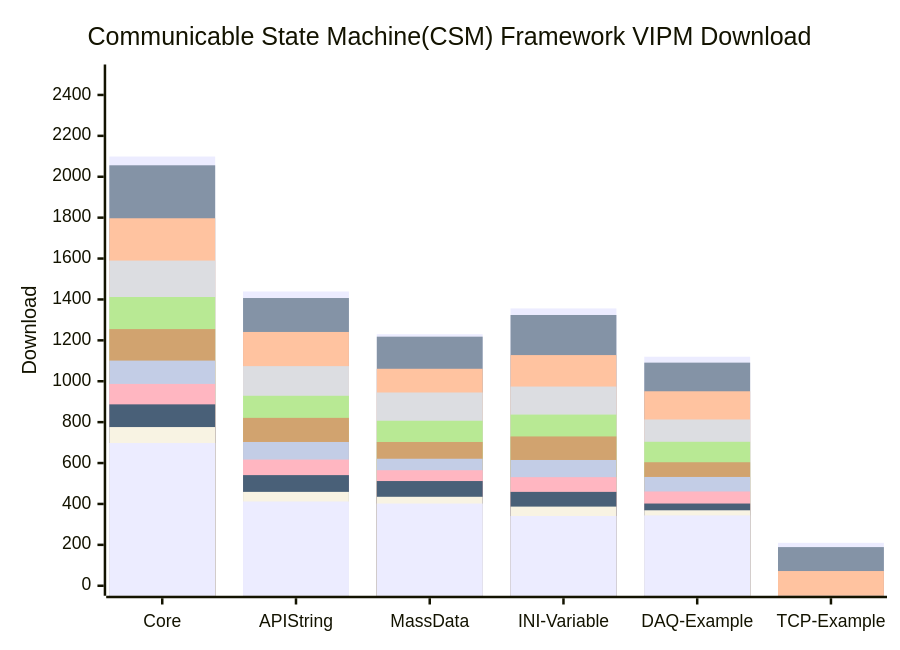
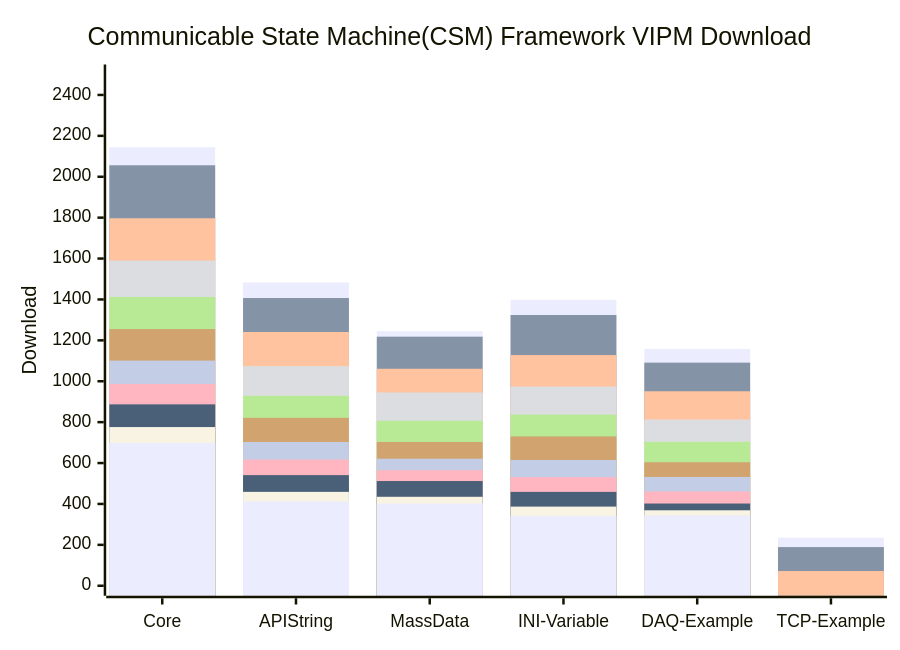
The diagram in profile/README.md (NEVSTOP-LAB/.github), drawn with Mermaid before and after one commit.

````diff
--- a/profile/README.md
+++ b/profile/README.md
@@ -31,17 +31,17 @@
 ```mermaid
     xychart-beta
     title "Communicable State Machine(CSM) Framework VIPM Download"
     x-axis [Core, API String, MassData, INI-Variable, DAQ-Example, TCP-Example]
     y-axis "Download" 0 --> 2500
-    bar   [2099, 1439, 1230, 1356, 1120, 210]
+    bar   [2144, 1483, 1245, 1398, 1158, 235]
     bar   [2056, 1407, 1218, 1324, 1091, 189]
     bar   [1797, 1241, 1061, 1128, 951, 72]
     bar   [1590, 1074, 945, 974, 813]
     bar   [1412, 929, 807, 837, 704]
     bar   [1255, 821, 703, 730, 604]
     bar   [1101, 703, 621, 615, 532]
     bar   [987, 617, 565, 531, 461]
     bar   [887, 541, 512, 459, 402]
     bar   [776, 459, 435, 387, 369]
     bar   [698, 412, 402, 341, 344]
 ```
````
